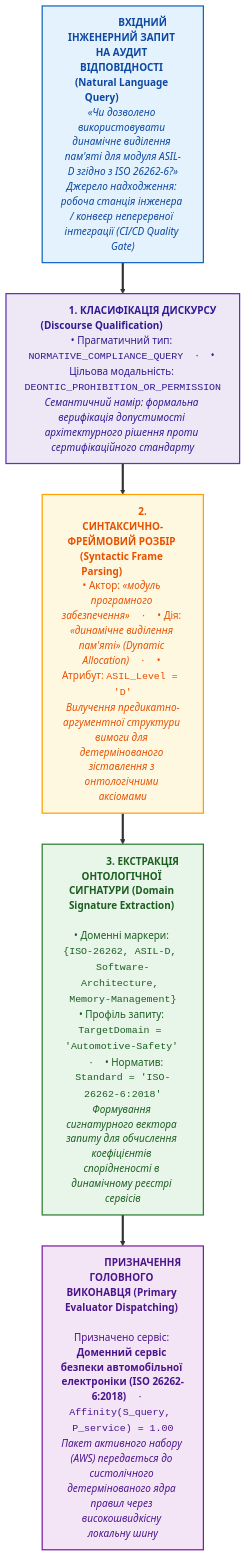
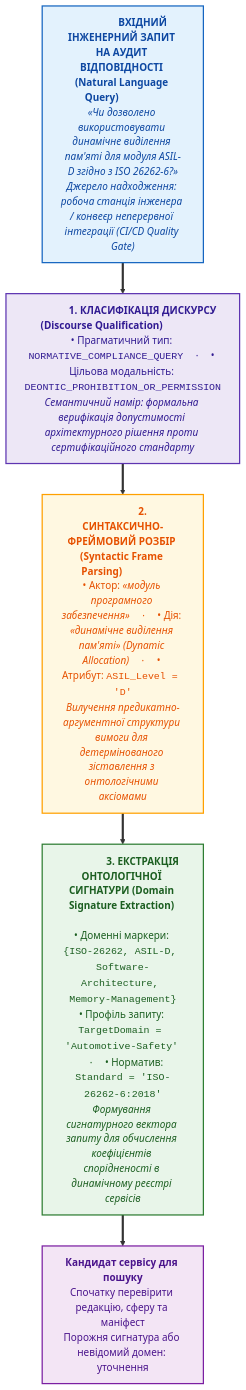
Before and after one commit to nick-fedchik/articles: the second of 6 diagrams in ExpertSystem/ch40-distributed-epistemic-architectures-soa-and-cluster-scaling.md, drawn with Mermaid. The commit also changed other lines of this file and 7 other files, not shown here.

````diff
--- a/ExpertSystem/ch40-distributed-epistemic-architectures-soa-and-cluster-scaling.md
+++ b/ExpertSystem/ch40-distributed-epistemic-architectures-soa-and-cluster-scaling.md
@@ -146,32 +171,32 @@
 ```mermaid
 flowchart TD
     accTitle: Конвеєр синтаксично-лексичного розбору дискурсу в Семантичному Брокері
     accDescr: Поетапна трансформація природномовного запиту інженера у структуровану онтологічну сигнатуру для маршрутизації доменних правил.
 
     IN["&emsp;&emsp;&emsp;&emsp; <b>ВХІДНИЙ ІНЖЕНЕРНИЙ ЗАПИТ НА АУДИТ ВІДПОВІДНОСТІ (Natural Language Query)</b> &emsp;&emsp;&emsp;&emsp;<br><i>«Чи дозволено використовувати динамічне виділення пам'яті для модуля ASIL-D згідно з ISO 26262-6?»</i><br><i>Джерело надходження: робоча станція інженера / конвеєр неперервної інтеграції (CI/CD Quality Gate)</i>"]
 
     STEP1["&emsp;&emsp;&emsp;&emsp; <b>1. КЛАСИФІКАЦІЯ ДИСКУРСУ (Discourse Qualification)</b> &emsp;&emsp;&emsp;&emsp;<br>• Прагматичний тип: <code>NORMATIVE_COMPLIANCE_QUERY</code> &emsp;·&emsp; • Цільова модальність: <code>DEONTIC_PROHIBITION_OR_PERMISSION</code><br><i>Семантичний намір: формальна верифікація допустимості архітектурного рішення проти сертифікаційного стандарту</i>"]
 
     STEP2["&emsp;&emsp;&emsp;&emsp; <b>2. СИНТАКСИЧНО-ФРЕЙМОВИЙ РОЗБІР (Syntactic Frame Parsing)</b> &emsp;&emsp;&emsp;&emsp;<br>• Актор: <i>«модуль програмного забезпечення»</i> &emsp;·&emsp; • Дія: <i>«динамічне виділення пам'яті» (Dynamic Allocation)</i> &emsp;·&emsp; • Атрибут: <code>ASIL_Level = 'D'</code><br><i>Вилучення предикатно-аргументної структури вимоги для детермінованого зіставлення з онтологічними аксіомами</i>"]
 
     STEP3["&emsp;&emsp;&emsp;&emsp; <b>3. ЕКСТРАКЦІЯ ОНТОЛОГІЧНОЇ СИГНАТУРИ (Domain Signature Extraction)</b> &emsp;&emsp;&emsp;&emsp;<br>• Доменні маркери: <code>{ISO-26262, ASIL-D, Software-Architecture, Memory-Management}</code><br>• Профіль запиту: <code>TargetDomain = 'Automotive-Safety'</code> &emsp;·&emsp; • Норматив: <code>Standard = 'ISO-26262-6:2018'</code><br><i>Формування сигнатурного вектора запиту для обчислення коефіцієнтів спорідненості в динамічному реєстрі сервісів</i>"]
 
-    OUT["&emsp;&emsp;&emsp;&emsp; <b>ПРИЗНАЧЕННЯ ГОЛОВНОГО ВИКОНАВЦЯ (Primary Evaluator Dispatching)</b> &emsp;&emsp;&emsp;&emsp;<br>Призначено сервіс: <b>Доменний сервіс безпеки автомобільної електроніки (ISO 26262-6:2018)</b> &emsp;·&emsp; <code>Affinity(S_query, P_service) = 1.00</code><br><i>Пакет активного набору (AWS) передається до систолічного детермінованого ядра правил через високошвидкісну локальну шину</i>"]
+   OUT["<b>Кандидат сервісу для пошуку</b><br>Спочатку перевірити редакцію, сферу та маніфест<br>Порожня сигнатура або невідомий домен: уточнення"]
 
     IN ==> STEP1
     STEP1 ==> STEP2
     STEP2 ==> STEP3
     STEP3 ==> OUT
 
     classDef query fill:#e3f2fd,stroke:#1565c0,stroke-width:2px,color:#0d47a1;
     classDef step1 fill:#ede7f6,stroke:#5e35b1,stroke-width:2px,color:#311b92;
     classDef step2 fill:#fff8e1,stroke:#ffa000,stroke-width:2px,color:#e65100;
     classDef step3 fill:#e8f5e9,stroke:#2e7d32,stroke-width:2px,color:#1b5e20;
     classDef target fill:#f3e5f5,stroke:#7b1fa2,stroke-width:2px,color:#4a148c;
 
     class IN query;
     class STEP1 step1;
     class STEP2 step2;
     class STEP3 step3;
     class OUT target;
 ```
````
